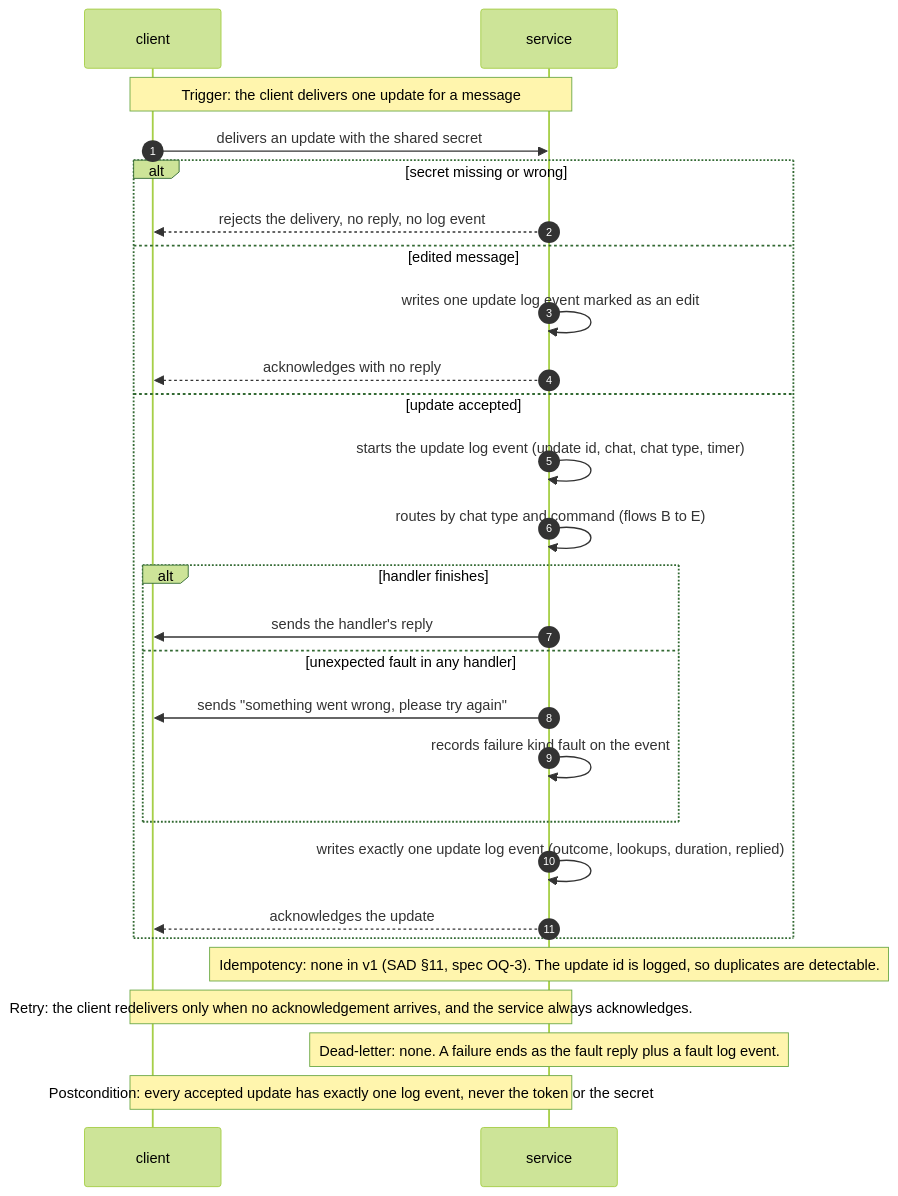
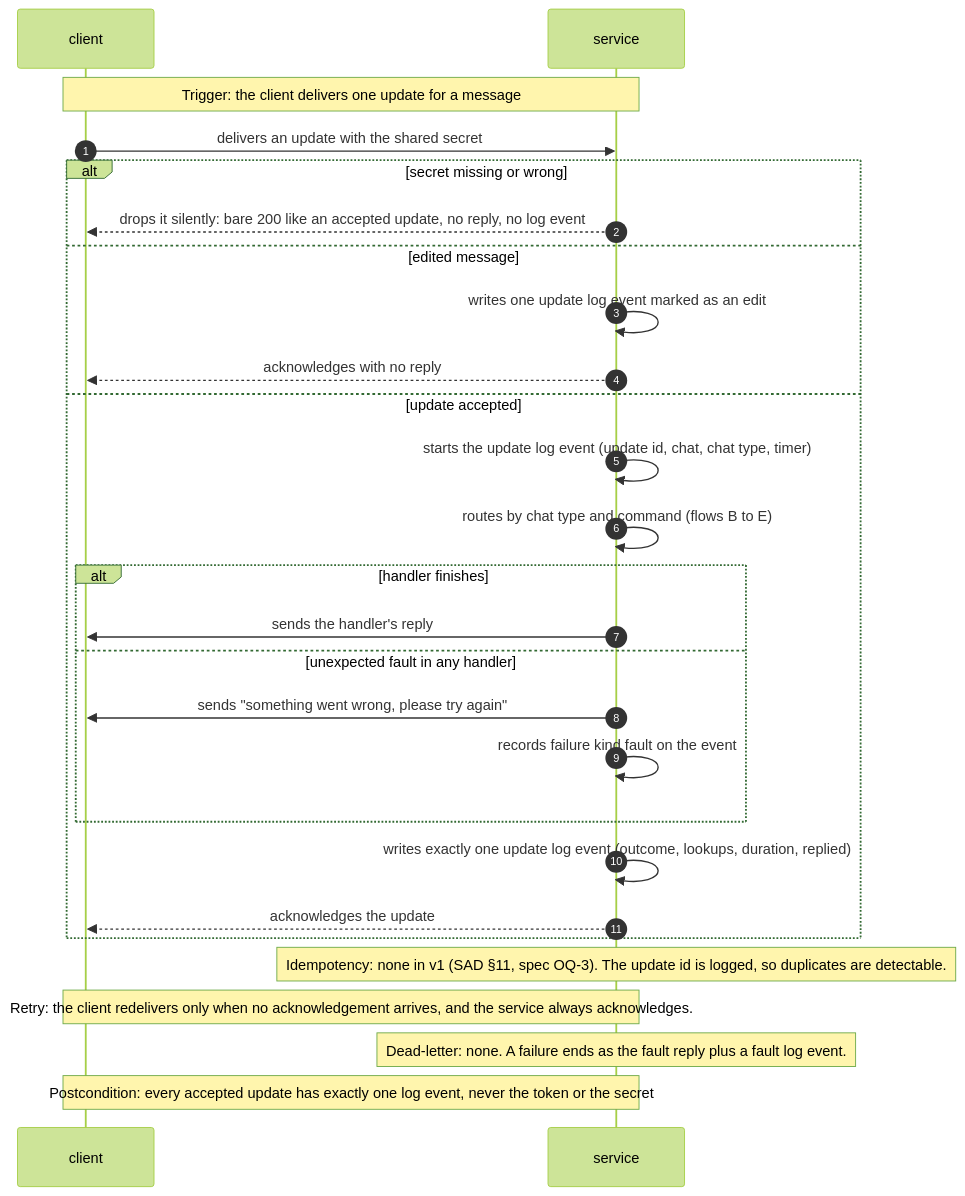
One commit to SanahurskyiV/weather-app changed the fourth of 8 diagrams in docs/features/base-logic/sad.md. Above: the diagram before and after it, drawn with Mermaid (forest theme). The commit also changed other lines of this file and 6 other files, not shown here.

````diff
--- a/docs/features/base-logic/sad.md
+++ b/docs/features/base-logic/sad.md
@@ -222,29 +222,29 @@
 ```mermaid
 sequenceDiagram
     autonumber
     participant C as client
     participant S as service
     Note over C,S: Trigger: the client delivers one update for a message
     C->>S: delivers an update with the shared secret
     alt secret missing or wrong
-        S-->>C: rejects the delivery, no reply, no log event
+        S-->>C: drops it silently: bare 200 like an accepted update, no reply, no log event
     else edited message
         S->>S: writes one update log event marked as an edit
         S-->>C: acknowledges with no reply
     else update accepted
         S->>S: starts the update log event (update id, chat, chat type, timer)
         S->>S: routes by chat type and command (flows B to E)
         alt handler finishes
             S->>C: sends the handler's reply
         else unexpected fault in any handler
             S->>C: sends "something went wrong, please try again"
             S->>S: records failure kind fault on the event
         end
         S->>S: writes exactly one update log event (outcome, lookups, duration, replied)
         S-->>C: acknowledges the update
     end
     Note over S: Idempotency: none in v1 (SAD §11, spec OQ-3). The update id is logged, so duplicates are detectable.
     Note over C,S: Retry: the client redelivers only when no acknowledgement arrives, and the service always acknowledges.
     Note over S: Dead-letter: none. A failure ends as the fault reply plus a fault log event.
     Note over C,S: Postcondition: every accepted update has exactly one log event, never the token or the secret
 ```
````
